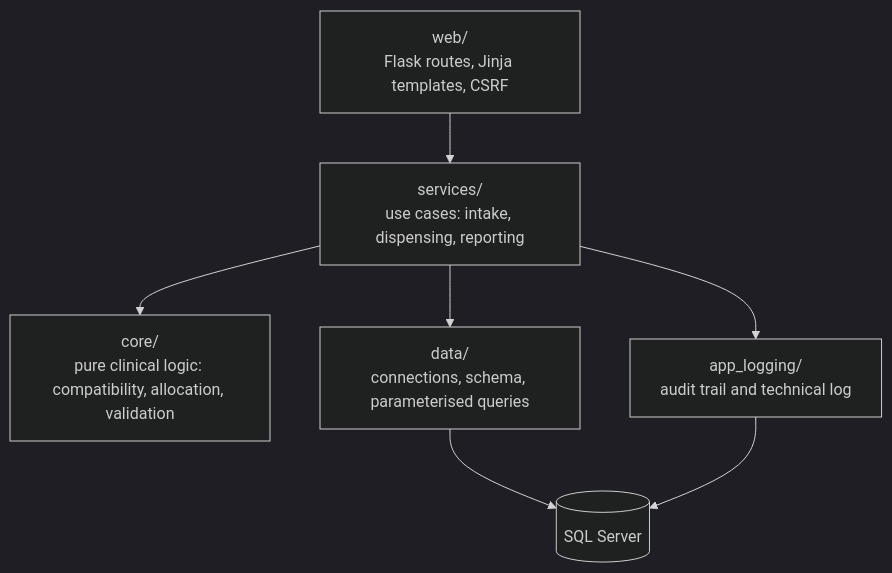
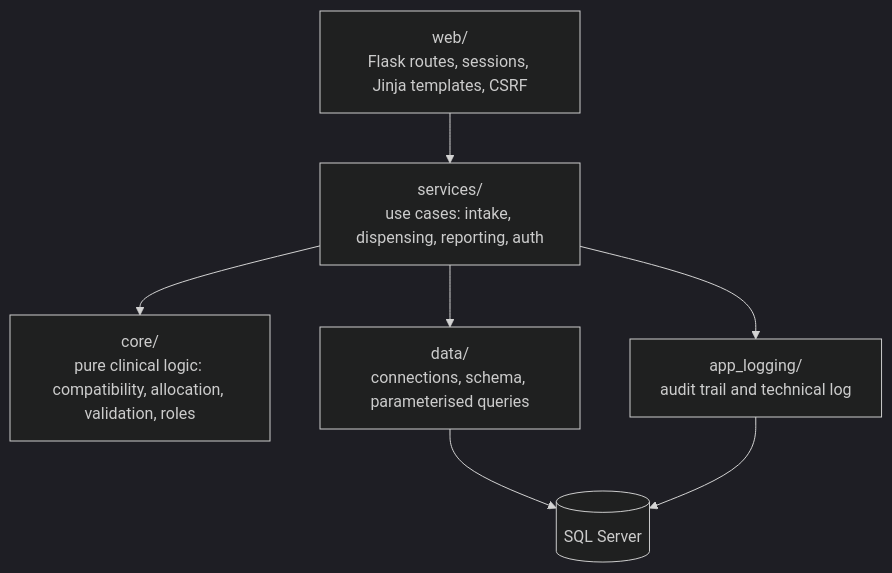
Before and after one commit to Sael124/blood-bank-management-system: the diagram in README.md, drawn with Mermaid (dark theme). The commit also changed other lines of this file and 28 other files, not shown here.

````diff
--- a/README.md
+++ b/README.md
@@ -111,16 +115,16 @@
 ```mermaid
 flowchart TD
-    WEB["web/<br/>Flask routes, Jinja templates, CSRF"]
-    SVC["services/<br/>use cases: intake, dispensing, reporting"]
-    CORE["core/<br/>pure clinical logic: compatibility, allocation, validation"]
+    WEB["web/<br/>Flask routes, sessions, Jinja templates, CSRF"]
+    SVC["services/<br/>use cases: intake, dispensing, reporting, auth"]
+    CORE["core/<br/>pure clinical logic: compatibility, allocation, validation, roles"]
     DATA["data/<br/>connections, schema, parameterised queries"]
     LOGS["app_logging/<br/>audit trail and technical log"]
     DB[("SQL Server")]
 
     WEB --> SVC
     SVC --> CORE
     SVC --> DATA
     SVC --> LOGS
     DATA --> DB
     LOGS --> DB
 ```
````
